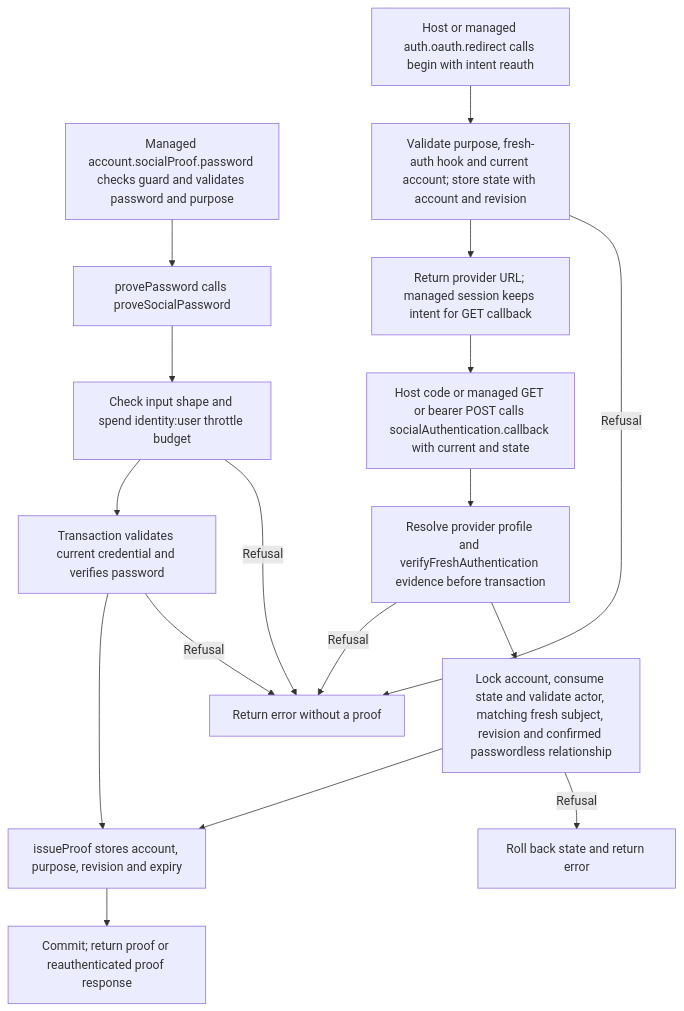
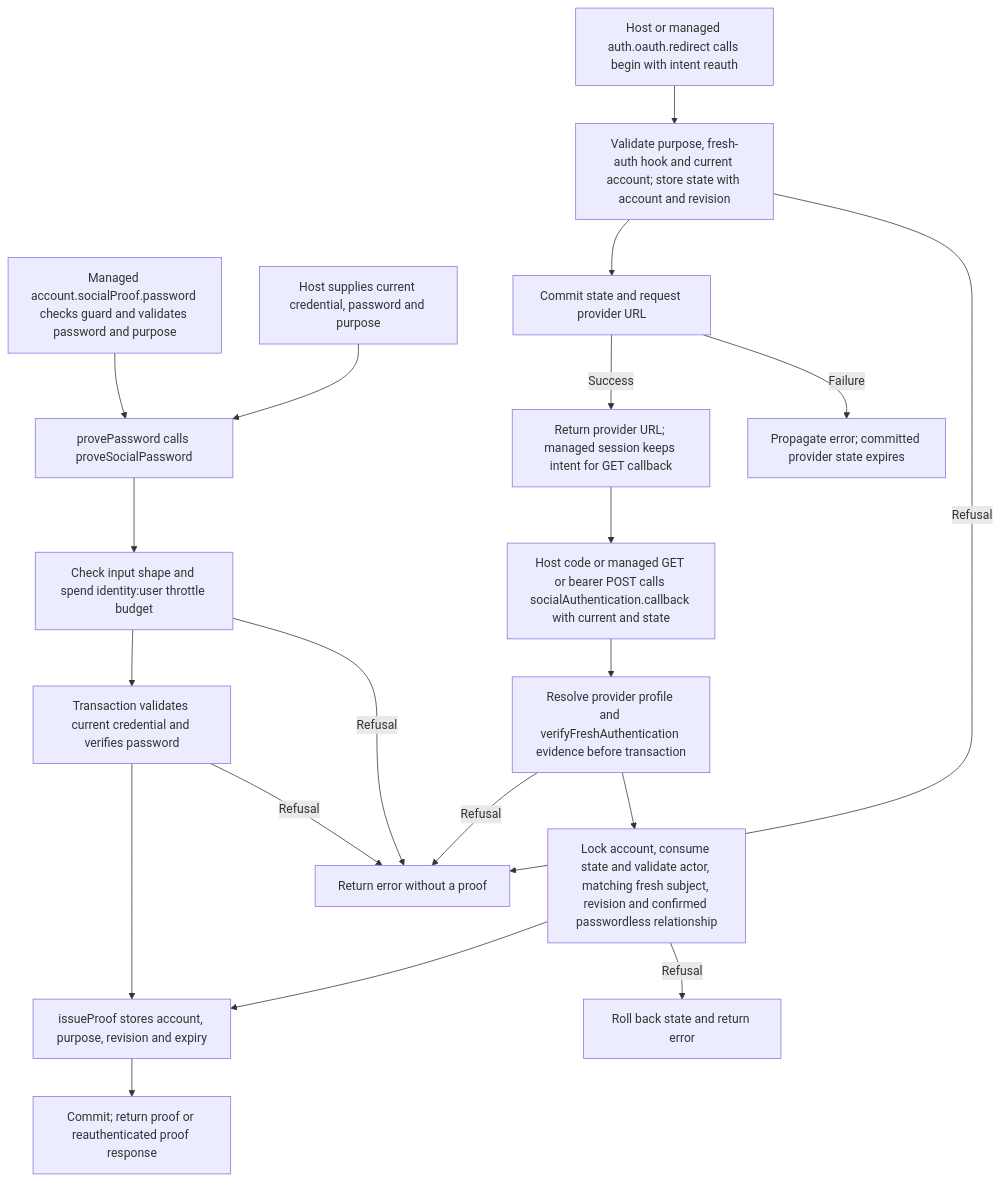
Before and after one commit to Kevinjohn/oss-adonisjs-account-kit: the second of 2 diagrams in user-stories/US-ACCOUNT-23-prove-social-action.md, drawn with Mermaid. The commit also changed 42 other files, not shown here.

````diff
--- a/user-stories/US-ACCOUNT-23-prove-social-action.md
+++ b/user-stories/US-ACCOUNT-23-prove-social-action.md
@@ -38,19 +38,22 @@
 ```mermaid
 flowchart TD
  M["Managed account.socialProof.password checks guard and validates password and purpose"] --> A
+ P0["Host supplies current credential, password and purpose"] --> A
  A["provePassword calls proveSocialPassword"] --> B["Check input shape and spend identity:user throttle budget"]
  B -->|Refusal| E["Return error without a proof"]
  B --> C["Transaction validates current credential and verifies password"]
  C -->|Refusal| E
  C --> P["issueProof stores account, purpose, revision and expiry"]
  H["Host or managed auth.oauth.redirect calls begin with intent reauth"] --> I["Validate purpose, fresh-auth hook and current account; store state with account and revision"]
  I -->|Refusal| E
- I --> J["Return provider URL; managed session keeps intent for GET callback"]
+ I --> J0["Commit state and request provider URL"]
+ J0 -->|Failure| J1["Propagate error; committed provider state expires"]
+ J0 -->|Success| J["Return provider URL; managed session keeps intent for GET callback"]
  J --> K["Host code or managed GET or bearer POST calls socialAuthentication.callback with current and state"]
  K --> L["Resolve provider profile and verifyFreshAuthentication evidence before transaction"]
  L --> N["Lock account, consume state and validate actor, matching fresh subject, revision and confirmed passwordless relationship"]
  L -->|Refusal| E
  N -->|Refusal| R["Roll back state and return error"]
  N --> P
  P --> S["Commit; return proof or reauthenticated proof response"]
 ```
````
